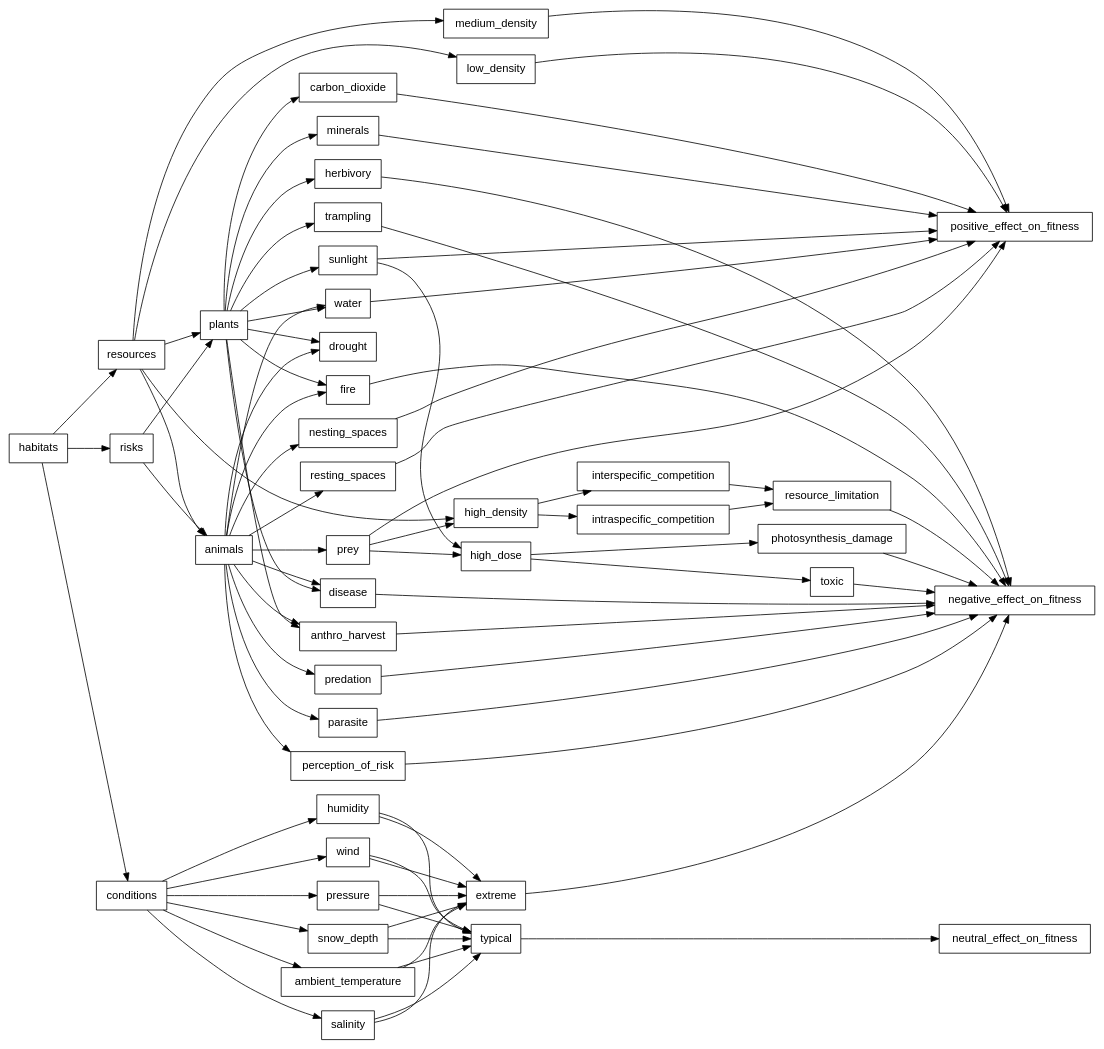
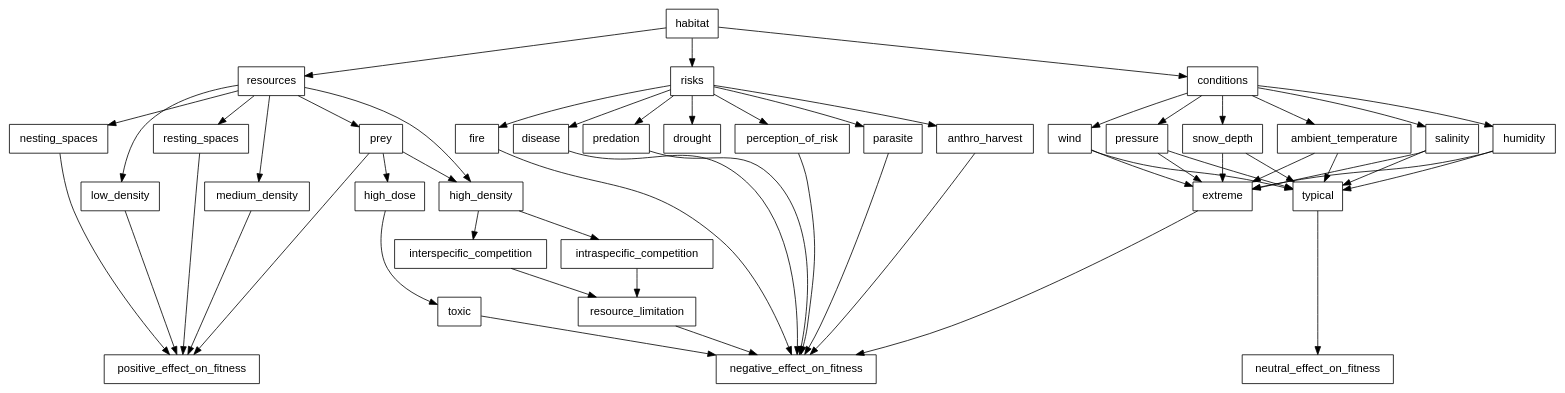
One commit to robitalec/comprehensive-exam changed the diagram in gv/resources-risks-conditions.gv. Above: the diagram before and after it, drawn with Graphviz.

Commit message:
rm plants from animals

```diff
--- a/gv/resources-risks-conditions.gv
+++ b/gv/resources-risks-conditions.gv
@@ -1,84 +1,65 @@
 digraph resources_risks_conditions {
-	rankdir = LR
+	rankdir = TB
   graph [fontsize = 12]
 
 	node [shape = box, fontname = Helvetica]
 
-		habitats -> {resources, risks, conditions}
+		habitat -> {resources, risks, conditions}
 
 		{rank=same
 	    resources
 	    risks
 	    conditions
-		}
-
-		{rank=same
-		  animals
-		  plants
 		}
 
 		{rank=same
 			positive_effect_on_fitness
 			negative_effect_on_fitness
 			neutral_effect_on_fitness
 		}
 
 		{rank=same
-			sunlight
-			carbon_dioxide
-			water
-			minerals
 			prey
-			water
 			nesting_spaces
 			resting_spaces
 		}
 
 		{rank=same
 			high_density
 			low_density
 			medium_density
 			high_dose
-			typical
-			extreme
 		}
 
 		{rank=same
-			herbivory
-			trampling
 			anthro_harvest
 			fire
 			disease
 			drought
 			predation
 			perception_of_risk
 			parasite
 			disease
 		}
 
-    resources -> plants -> {sunlight carbon_dioxide water minerals}
-    resources -> animals -> {prey water nesting_spaces resting_spaces}
+    resources -> {prey nesting_spaces resting_spaces}
 
-    risks -> plants -> {herbivory trampling anthro_harvest fire disease drought}
-    risks -> animals -> {predation perception_of_risk parasite disease anthro_harvest fire drought}
+    risks -> {predation perception_of_risk parasite disease anthro_harvest fire drought}
 
     conditions -> {ambient_temperature salinity humidity wind pressure snow_depth} -> {extreme typical}
 
-    prey -> high_dose -> toxic
-    sunlight -> high_dose -> photosynthesis_damage
+    prey -> high_dose -> toxic -> negative_effect_on_fitness
 
     prey -> high_density -> {interspecific_competition intraspecific_competition}
   	{interspecific_competition intraspecific_competition} -> resource_limitation
 
     resources -> {low_density medium_density high_density}
 
     extreme -> negative_effect_on_fitness
     typical -> neutral_effect_on_fitness
 
-    {toxic photosynthesis_damage} -> negative_effect_on_fitness
-    {herbivory trampling anthro_harvest fire disease parasite perception_of_risk predation resource_limitation} -> negative_effect_on_fitness
+    {anthro_harvest fire disease parasite perception_of_risk predation resource_limitation} -> negative_effect_on_fitness
 
 		{medium_density low_density, resting_spaces nesting_spaces prey} -> positive_effect_on_fitness
-		{carbon_dioxide minerals water sunlight} -> positive_effect_on_fitness
 
 }
```
